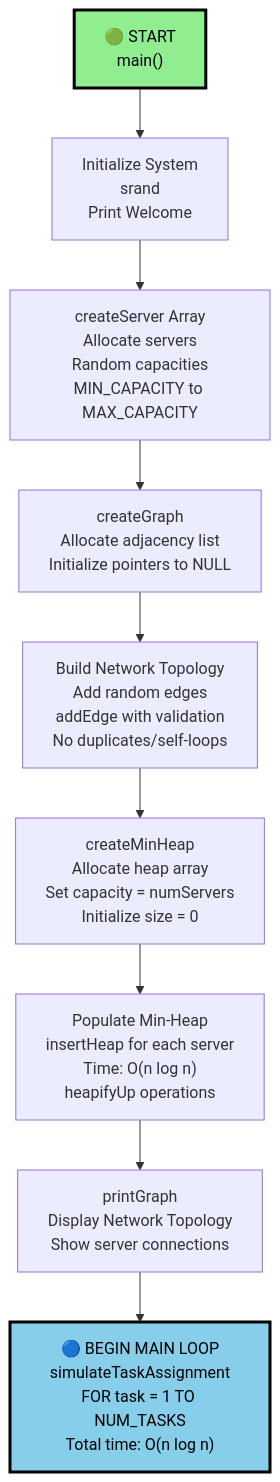
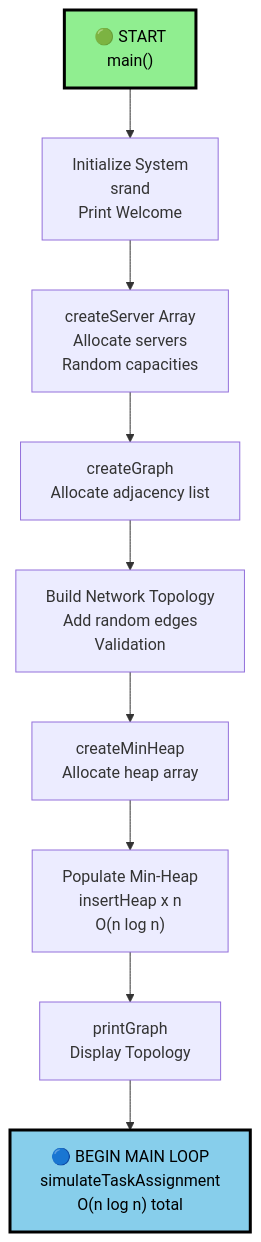
One commit to PranavOaR/DynamicLoadBalancing changed the first of 4 diagrams in README.md. Above: the diagram before and after it, drawn with Mermaid. The commit also changed other lines of this file, not shown here.

````diff
--- a/README.md
+++ b/README.md
@@ -29,14 +104,14 @@
 ```mermaid
 flowchart TD
     A["🟢 START<br/>main()"] --> B["Initialize System<br/>srand<br/>Print Welcome"]
-    B --> C["createServer Array<br/>Allocate servers<br/>Random capacities<br/>MIN_CAPACITY to MAX_CAPACITY"]
-    C --> D["createGraph<br/>Allocate adjacency list<br/>Initialize pointers to NULL"]
-    D --> E["Build Network Topology<br/>Add random edges<br/>addEdge with validation<br/>No duplicates/self-loops"]
-    E --> F["createMinHeap<br/>Allocate heap array<br/>Set capacity = numServers<br/>Initialize size = 0"]
-    F --> G["Populate Min-Heap<br/>insertHeap for each server<br/>Time: O(n log n)<br/>heapifyUp operations"]
-    G --> H["printGraph<br/>Display Network Topology<br/>Show server connections"]
-    H --> I["🔵 BEGIN MAIN LOOP<br/>simulateTaskAssignment<br/>FOR task = 1 TO NUM_TASKS<br/>Total time: O(n log n)"]
+    B --> C["createServer Array<br/>Allocate servers<br/>Random capacities"]
+    C --> D["createGraph<br/>Allocate adjacency list"]
+    D --> E["Build Network Topology<br/>Add random edges<br/>Validation"]
+    E --> F["createMinHeap<br/>Allocate heap array"]
+    F --> G["Populate Min-Heap<br/>insertHeap x n<br/>O(n log n)"]
+    G --> H["printGraph<br/>Display Topology"]
+    H --> I["🔵 BEGIN MAIN LOOP<br/>simulateTaskAssignment<br/>O(n log n) total"]
     
     style A fill:#90EE90,stroke:#000,stroke-width:3px,color:#000
     style I fill:#87CEEB,stroke:#000,stroke-width:3px,color:#000
 ```
````
